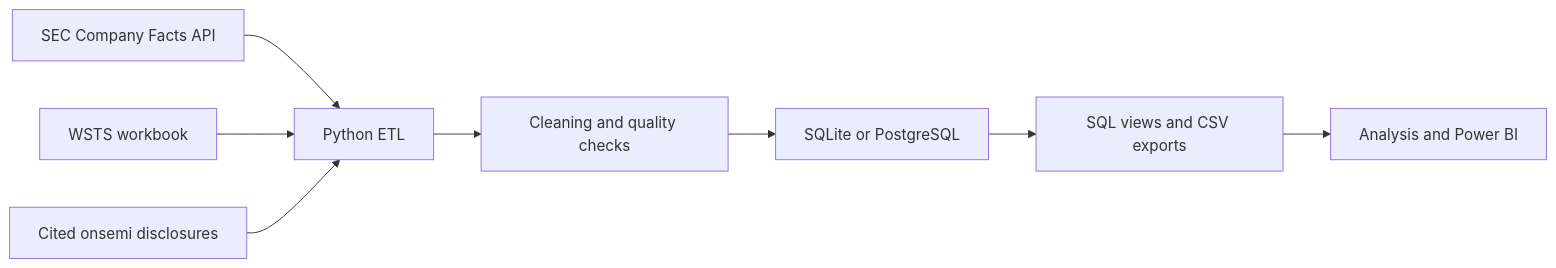
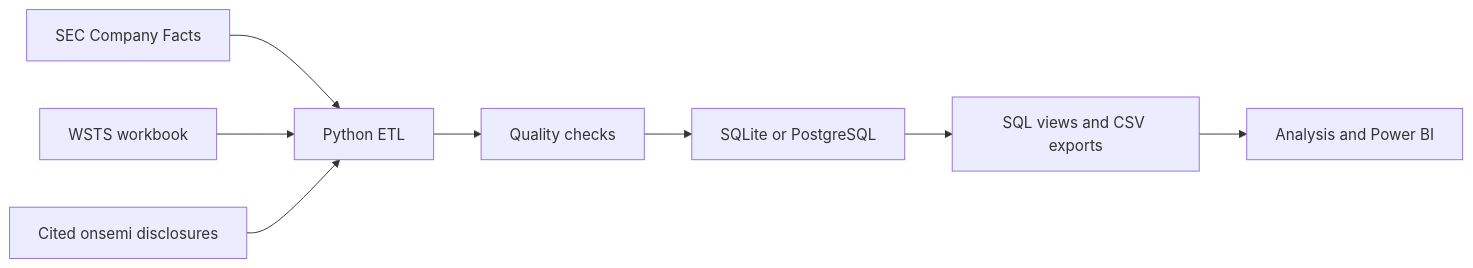
One commit to YB-Yottabyte/chip-market-insights changed the diagram in README.md. Above: the diagram before and after it, drawn with Mermaid. The commit also changed other lines of this file and 2 other files, not shown here.

````diff
--- a/README.md
+++ b/README.md
@@ -16,10 +32,10 @@
 ```mermaid
 flowchart LR
-    A[SEC Company Facts API] --> C[Python ETL]
+    A[SEC Company Facts] --> C[Python ETL]
     B[WSTS workbook] --> C
     D[Cited onsemi disclosures] --> C
-    C --> E[Cleaning and quality checks]
+    C --> E[Quality checks]
     E --> F[SQLite or PostgreSQL]
     F --> G[SQL views and CSV exports]
     G --> H[Analysis and Power BI]
 ```
````
